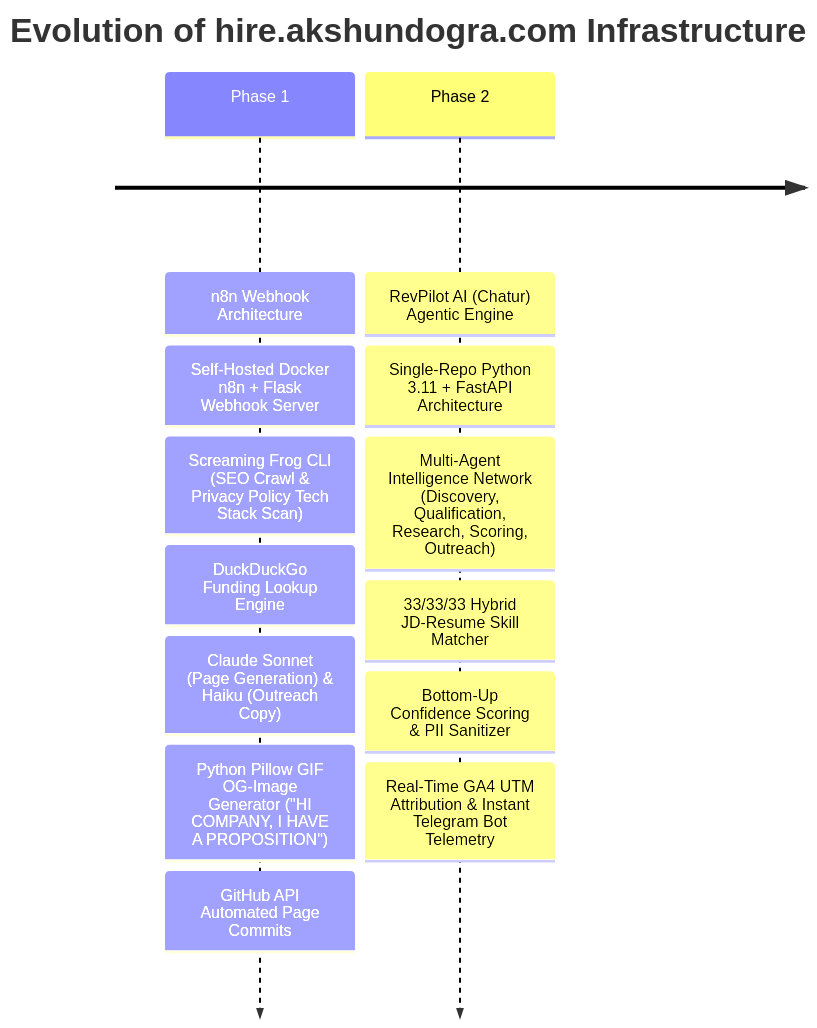
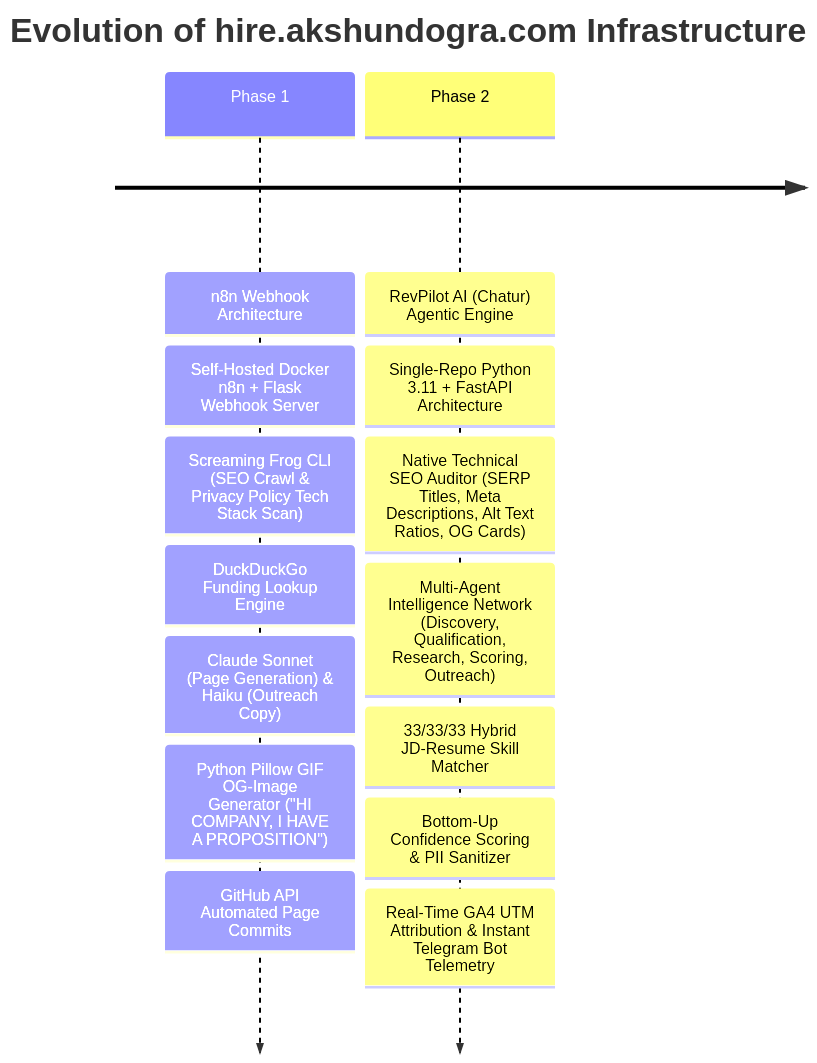
One commit to akshundogra/hire changed the first of 4 diagrams in README.md. Above: the diagram before and after it, drawn with Mermaid. The commit also changed other lines of this file, not shown here.

Commit message:
docs: explicitly document Phase 2 Native Technical SEO & MarTech Stack Auditor in README

````diff
--- a/README.md
+++ b/README.md
@@ -16,17 +16,18 @@
 ```mermaid
 timeline
     title Evolution of hire.akshundogra.com Infrastructure
     Phase 1 : n8n Webhook Architecture
             : Self-Hosted Docker n8n + Flask Webhook Server
             : Screaming Frog CLI (SEO Crawl & Privacy Policy Tech Stack Scan)
             : DuckDuckGo Funding Lookup Engine
             : Claude Sonnet (Page Generation) & Haiku (Outreach Copy)
             : Python Pillow GIF OG-Image Generator ("HI COMPANY, I HAVE A PROPOSITION")
             : GitHub API Automated Page Commits
     Phase 2 : RevPilot AI (Chatur) Agentic Engine
             : Single-Repo Python 3.11 + FastAPI Architecture
+            : Native Technical SEO Auditor (SERP Titles, Meta Descriptions, Alt Text Ratios, OG Cards)
             : Multi-Agent Intelligence Network (Discovery, Qualification, Research, Scoring, Outreach)
             : 33/33/33 Hybrid JD-Resume Skill Matcher
             : Bottom-Up Confidence Scoring & PII Sanitizer
             : Real-Time GA4 UTM Attribution & Instant Telegram Bot Telemetry
 ```
````
